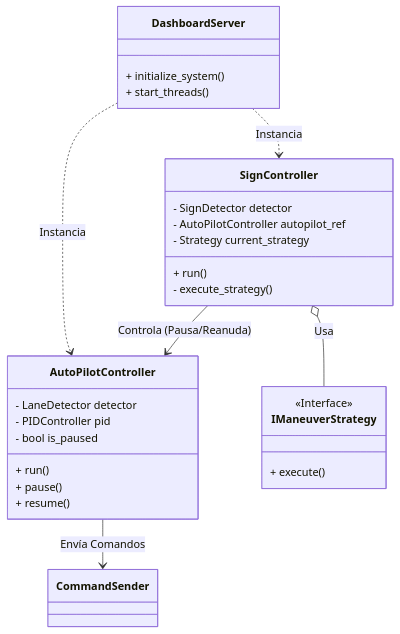
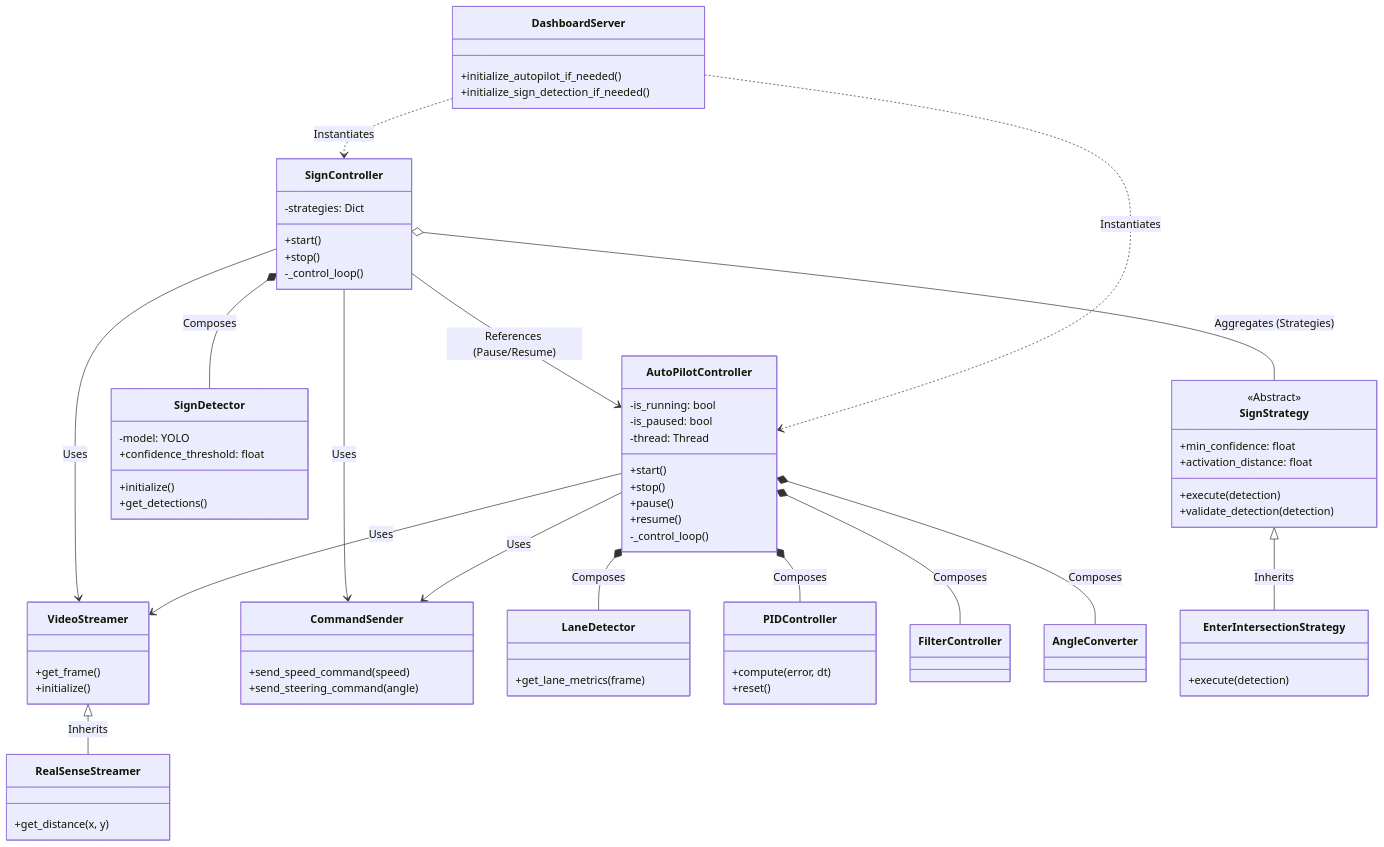
The first of 3 diagrams in README.md (fongarciav/Equipo2024-brain), drawn with Mermaid before and after one commit. The commit also changed other lines of this file, not shown here.

Commit message:
Refine README content and terminology
Updated terminology and improved clarity in the README.

````diff
--- a/README.md
+++ b/README.md
@@ -52,40 +52,90 @@
 ```mermaid
 classDiagram
-    direction TB
+    %% Relaciones Principales
+    DashboardServer ..> AutoPilotController : Instantiates
+    DashboardServer ..> SignController : Instantiates
+    
+    AutoPilotController --> VideoStreamer : Uses
+    AutoPilotController --> CommandSender : Uses
+    AutoPilotController *-- LaneDetector : Composes
+    AutoPilotController *-- PIDController : Composes
+    AutoPilotController *-- FilterController : Composes
+    AutoPilotController *-- AngleConverter : Composes
+
+    SignController --> VideoStreamer : Uses
+    SignController --> CommandSender : Uses
+    SignController --> AutoPilotController : References (Pause/Resume)
+    SignController *-- SignDetector : Composes
+    SignController o-- SignStrategy : Aggregates (Strategies)
+
+    SignStrategy <|-- EnterIntersectionStrategy : Inherits
+    
+    VideoStreamer <|-- RealSenseStreamer : Inherits
+
+    %% Definiciones de Clase
     
     class DashboardServer {
-        + initialize_system()
-        + start_threads()
+        +initialize_autopilot_if_needed()
+        +initialize_sign_detection_if_needed()
     }
 
     class AutoPilotController {
-        - LaneDetector detector
-        - PIDController pid
-        - bool is_paused
-        + run()
-        + pause()
-        + resume()
+        -is_running: bool
+        -is_paused: bool
+        -thread: Thread
+        +start()
+        +stop()
+        +pause()
+        +resume()
+        -_control_loop()
     }
 
     class SignController {
-        - SignDetector detector
-        - AutoPilotController autopilot_ref
-        - Strategy current_strategy
-        + run()
-        - execute_strategy()
+        -strategies: Dict
+        +start()
+        +stop()
+        -_control_loop()
     }
 
-    class IManeuverStrategy {
-        <<Interface>>
-        + execute()
+    class LaneDetector {
+        +get_lane_metrics(frame)
     }
 
-    DashboardServer ..> AutoPilotController : Instancia
-    DashboardServer ..> SignController : Instancia
-    
-    %% La dependencia crítica de la v1.0
-    SignController --> AutoPilotController : Controla (Pausa/Reanuda)
-    
-    SignController o-- IManeuverStrategy : Usa
-    AutoPilotController --> CommandSender : Envía Comandos
+    class PIDController {
+        +compute(error, dt)
+        +reset()
+    }
+
+    class SignDetector {
+        -model: YOLO
+        +confidence_threshold: float
+        +initialize()
+        +get_detections()
+    }
+
+    class VideoStreamer {
+        +get_frame()
+        +initialize()
+    }
+
+    class RealSenseStreamer {
+        +get_distance(x, y)
+    }
+
+    class CommandSender {
+        +send_speed_command(speed)
+        +send_steering_command(angle)
+    }
+
+    class SignStrategy {
+        <<Abstract>>
+        +min_confidence: float
+        +activation_distance: float
+        +execute(detection)
+        +validate_detection(detection)
+    }
+
+    class EnterIntersectionStrategy {
+        +execute(detection)
+    }
 ```
````
